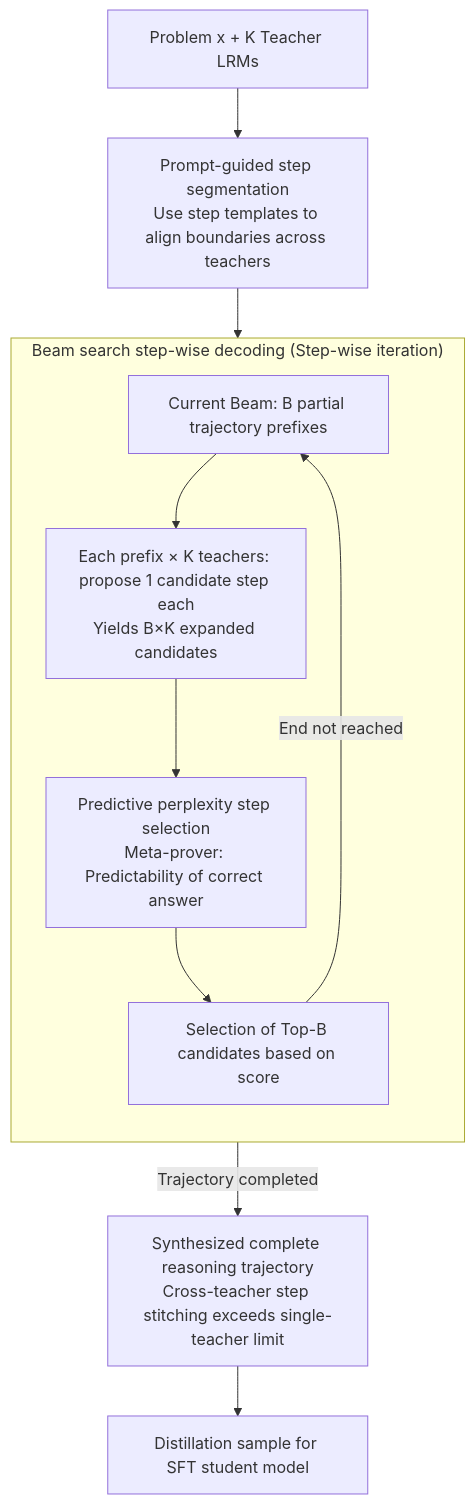
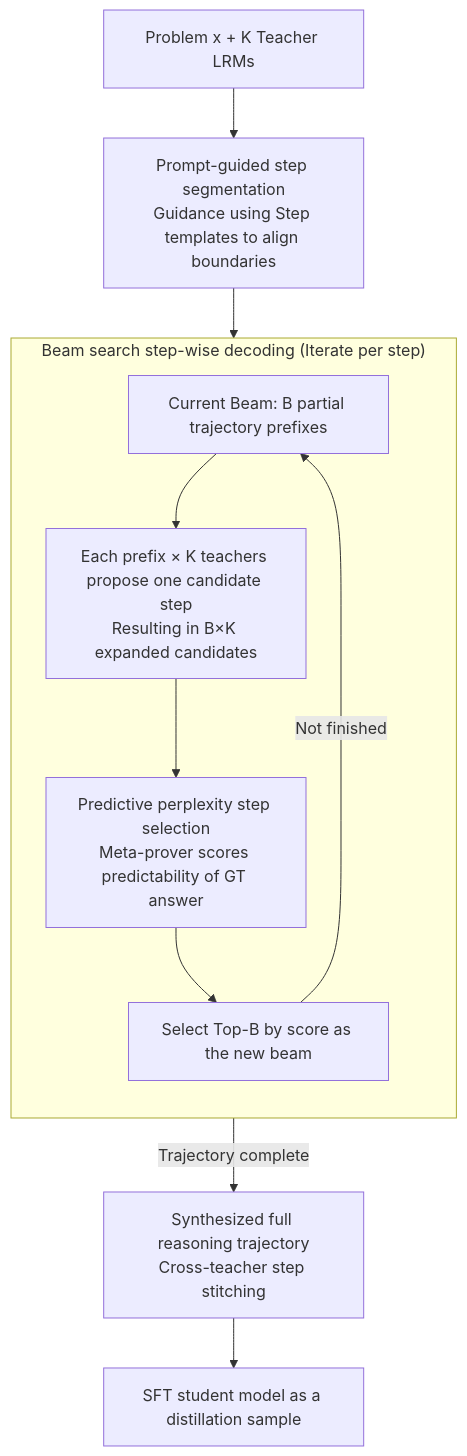
The diagram in docs/ACL2026/llm_reasoning/distilling_long-cot_reasoning_through_collaborative_step-wise_multi-teacher_deco.md (zhaoyang97/Paper-Notes-en), drawn with Mermaid before and after one commit. The commit also changed other lines of this file and 5084 other files, not shown here.

````diff
--- a/docs/ACL2026/llm_reasoning/distilling_long-cot_reasoning_through_collaborative_step-wise_multi-teacher_deco.md
+++ b/docs/ACL2026/llm_reasoning/distilling_long-cot_reasoning_through_collaborative_step-wise_multi-teacher_deco.md
@@ -54,15 +54,15 @@
 ```mermaid
 graph TD
-    A["Problem x + K Teacher LRMs"] --> B["Prompt-guided step segmentation<br/>Use step templates to align boundaries across teachers"]
+    A["Problem x + K Teacher LRMs"] --> B["Prompt-guided step segmentation<br/>Guidance using Step templates to align boundaries"]
     B --> C["Current Beam: B partial trajectory prefixes"]
-    subgraph LOOP["Beam search step-wise decoding (Step-wise iteration)"]
+    subgraph LOOP["Beam search step-wise decoding (Iterate per step)"]
         direction TB
-        C --> D["Each prefix × K teachers: propose 1 candidate step each<br/>Yields B×K expanded candidates"]
-        E["Predictive perplexity step selection<br/>Meta-prover: Predictability of correct answer"]
+        C --> D["Each prefix × K teachers propose one candidate step<br/>Resulting in B×K expanded candidates"]
+        E["Predictive perplexity step selection<br/>Meta-prover scores predictability of GT answer"]
         D --> E
-        E --> F["Selection of Top-B candidates based on score"]
+        E --> F["Select Top-B by score as the new beam"]
     end
-    F -->|End not reached| C
-    F -->|Trajectory completed| G["Synthesized complete reasoning trajectory<br/>Cross-teacher step stitching exceeds single-teacher limit"]
-    G --> H["Distillation sample for SFT student model"]
+    F -->|Not finished| C
+    F -->|Trajectory complete| G["Synthesized full reasoning trajectory<br/>Cross-teacher step stitching"]
+    G --> H["SFT student model as a distillation sample"]
 ```
````
